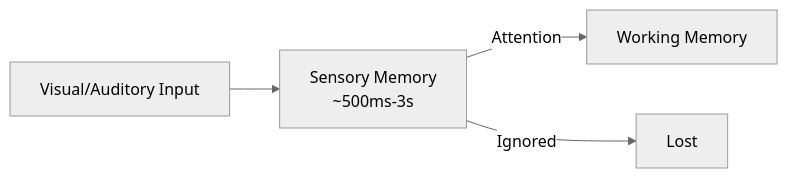
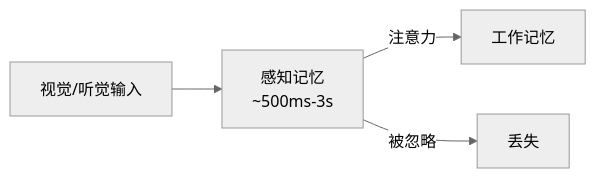
Before and after one commit to YiWang24/AiDIY: the third of 8 diagrams in i18n/zh-Hans/docusaurus-plugin-content-docs/current/ai/agents/architecture.mdx, drawn with Mermaid (neutral theme). The commit also changed other lines of this file and 59 other files, not shown here.

````diff
--- a/i18n/zh-Hans/docusaurus-plugin-content-docs/current/ai/agents/architecture.mdx
+++ b/i18n/zh-Hans/docusaurus-plugin-content-docs/current/ai/agents/architecture.mdx
@@ -110,6 +110,6 @@
 ```mermaid
 flowchart LR
-    Input[Visual/Auditory Input] --> SM[Sensory Memory<br/>~500ms-3s]
-    SM -->|Attention| WM[Working Memory]
-    SM -->|Ignored| Lost[Lost]
+    Input[视觉/听觉输入] --> SM[感知记忆<br/>~500ms-3s]
+    SM -->|注意力| WM[工作记忆]
+    SM -->|被忽略| Lost[丢失]
 ```
````
